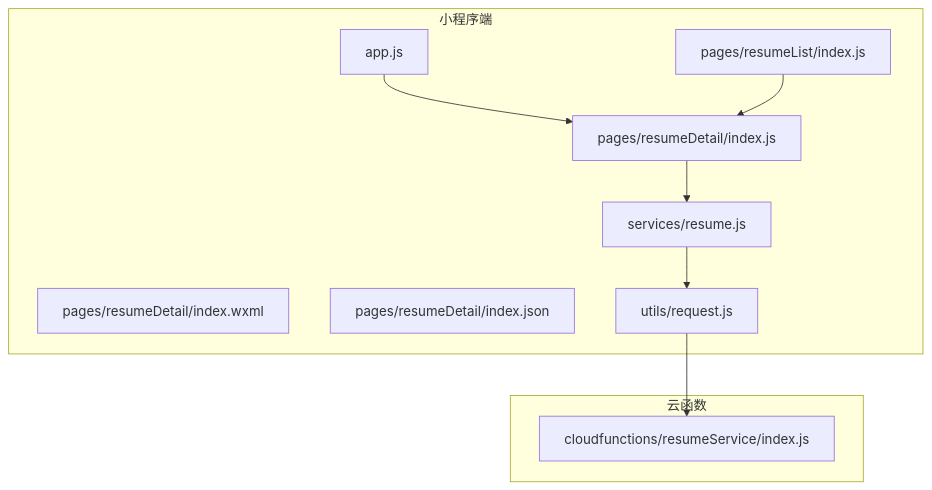
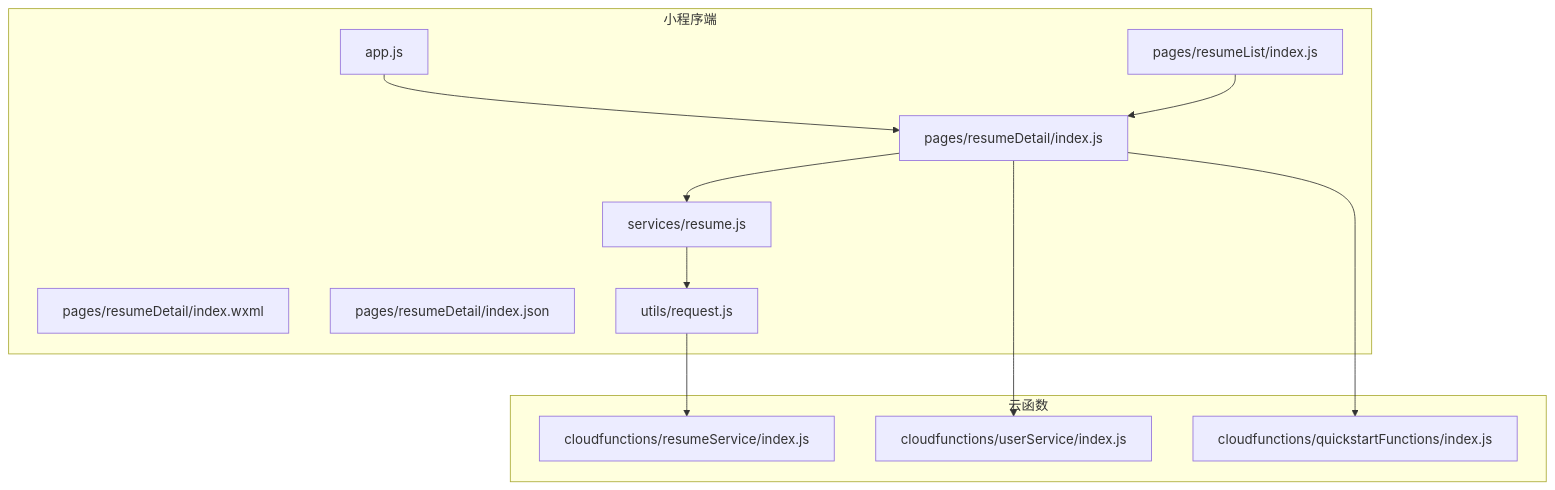
Before and after one commit to sunxuebo91/-: the first of 6 diagrams in .qoder/repowiki/zh/content/前端页面/简历详情页.md, drawn with Mermaid. The commit also changed other lines of this file and 30 other files, not shown here.

````diff
--- a/.qoder/repowiki/zh/content/前端页面/简历详情页.md
+++ b/.qoder/repowiki/zh/content/前端页面/简历详情页.md
@@ -48,20 +62,24 @@
 ```mermaid
 graph TB
 subgraph "小程序端"
 RD["pages/resumeDetail/index.js"]
 RDL["pages/resumeDetail/index.wxml"]
 RJ["pages/resumeDetail/index.json"]
 RS["services/resume.js"]
 RU["utils/request.js"]
 RL["pages/resumeList/index.js"]
 APP["app.js"]
 end
 subgraph "云函数"
 CF["cloudfunctions/resumeService/index.js"]
+US["cloudfunctions/userService/index.js"]
+QF["cloudfunctions/quickstartFunctions/index.js"]
 end
 APP --> RD
 RD --> RS
 RS --> RU
 RU --> CF
+RD --> US
+RD --> QF
 RL --> RD
 ```
````
